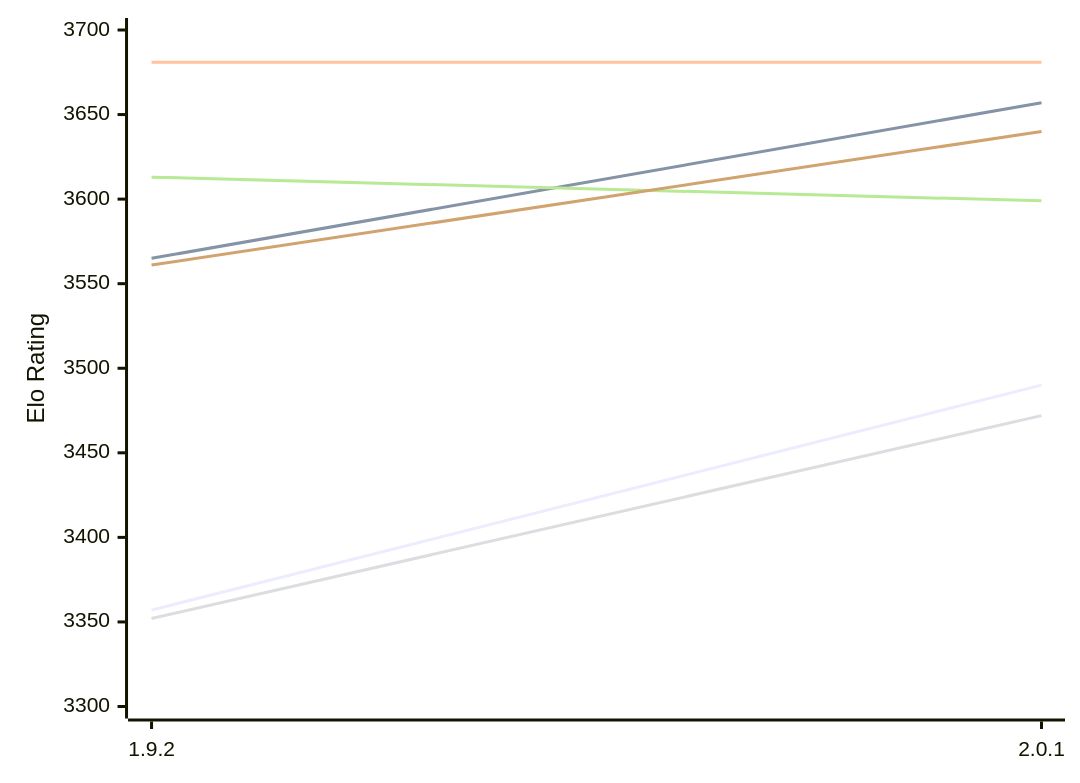
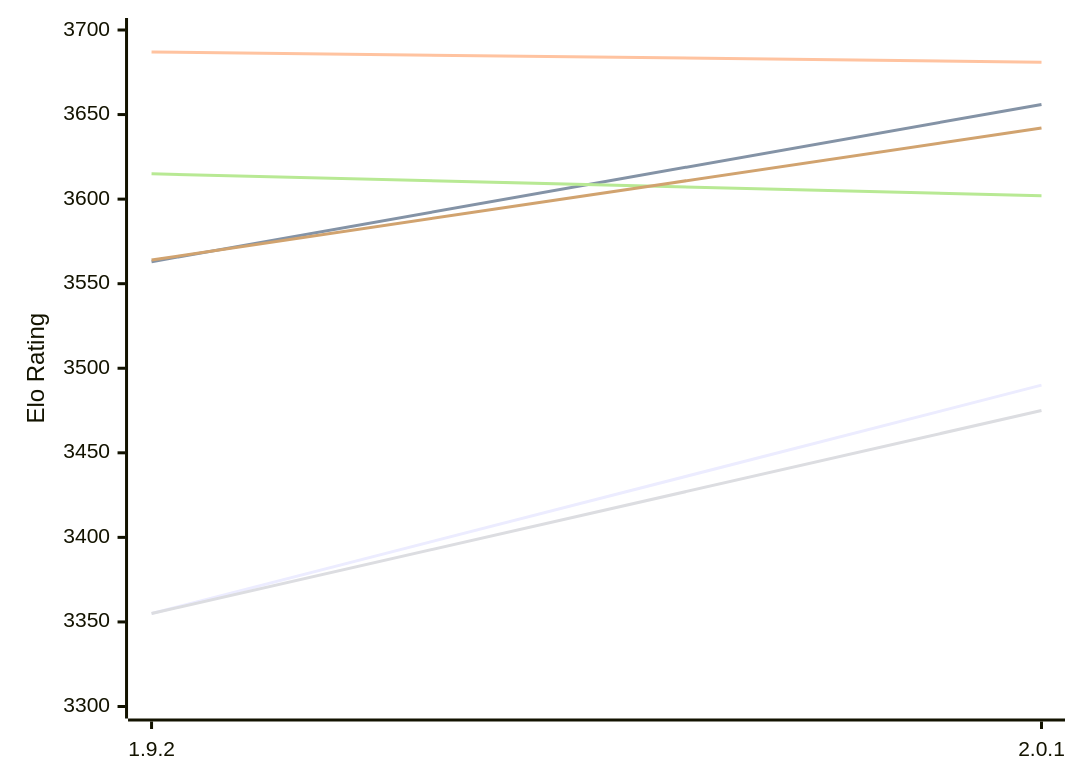
One commit to computer-chess-index/cci changed the first of 2 diagrams in engines/Pawnocchio.md. Above: the diagram before and after it, drawn with Mermaid. The commit also changed other lines of this file, not shown here.

Commit message:
Update CCI Ratings (ELO VLTC) - 2026-11-24

````diff
--- a/engines/Pawnocchio.md
+++ b/engines/Pawnocchio.md
@@ -52,12 +52,12 @@
 ```mermaid
 %%{init: {"theme":"base","themeVariables":{"seriesColors:['#a3a3a3','#222221','#faa371']}}}%%
 xychart-beta
   x-axis ["1.9.2", "2.0.1"]
   y-axis "Elo Rating" 3300 --> 3700
-  line "E1: STC (8.0+0.08s)" [3357, 3490]
-  line "E1: LTC (60.0+0.60s)" [3565, 3657]
-  line "E1: VLTC (2m24s+1.12s)" [3681, 3681]
-  line "P1: STC (8.0+0.08s)" [3352, 3472]
-  line "P1: LTC (60.0+0.60s)" [3613, 3599]
-  line "P1: VLTC (2m24s+1.12s)" [3561, 3640]
+  line "E1: STC (8.0+0.08s)" [3355, 3490]
+  line "E1: LTC (60.0+0.60s)" [3563, 3656]
+  line "E1: VLTC (2m24s+1.12s)" [3687, 3681]
+  line "P1: STC (8.0+0.08s)" [3355, 3475]
+  line "P1: LTC (60.0+0.60s)" [3615, 3602]
+  line "P1: VLTC (2m24s+1.12s)" [3564, 3642]
 ```
````
